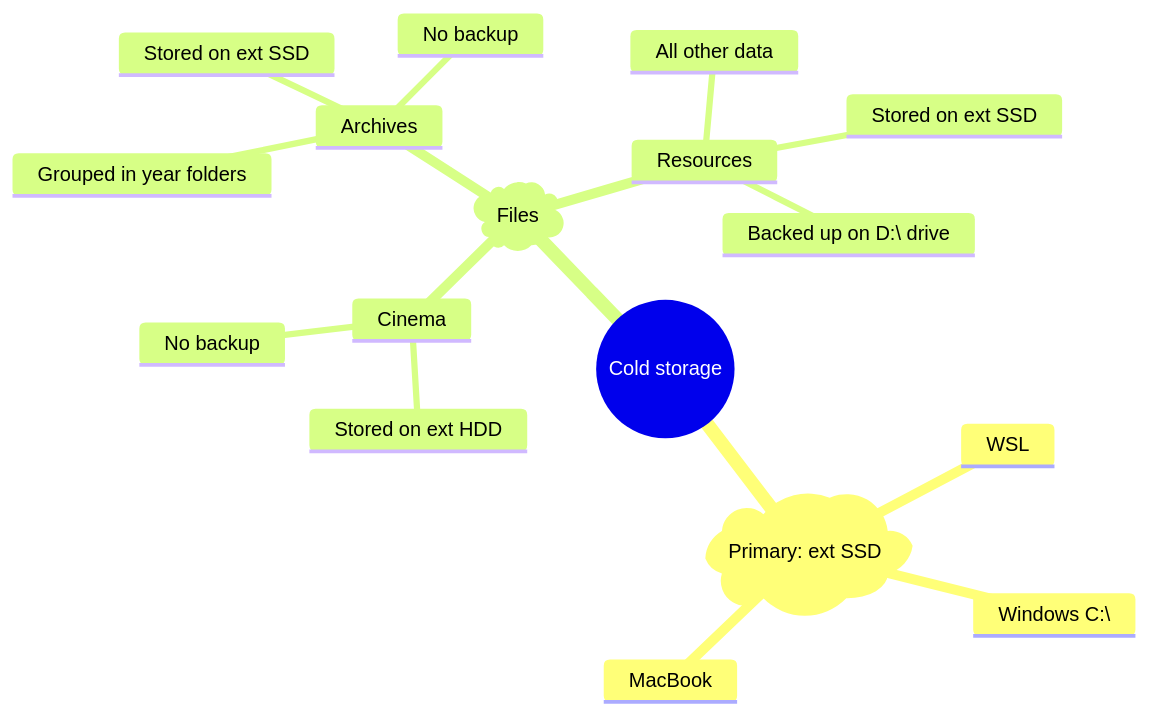
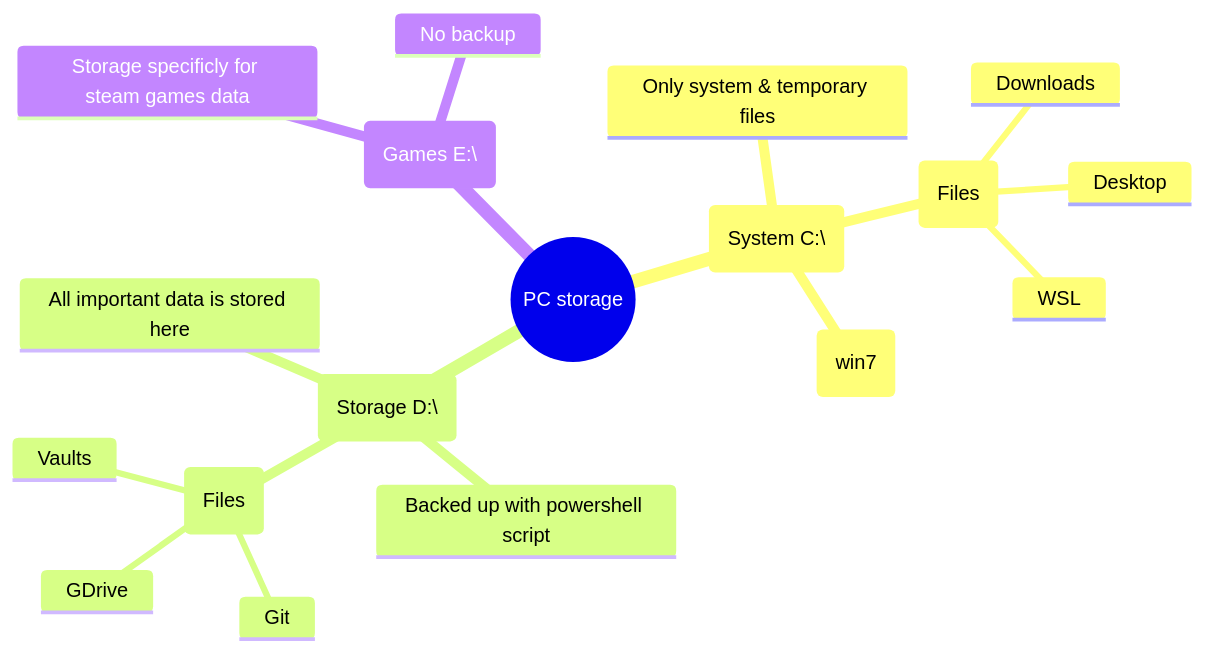
One commit to leins275/quartz changed the diagram in content/Структура файлов на компьютерах.md. Above: the diagram before and after it, drawn with Mermaid. The commit also changed other lines of this file and 1 other file, not shown here.

Commit message:
vault backup: 2025-09-08 16:22:17

````diff
--- a/content/Структура файлов на компьютерах.md
+++ b/content/Структура файлов на компьютерах.md
@@ -22,20 +9,21 @@
 ```mermaid
 mindmap
-	root((Cold storage))
-		ch1)Primary: ext SSD(
-			WSL
-			Windows C:\
-			MacBook
-		ch2)Files(
-			Cinema 
-				Stored on ext HDD
-				No backup
-			Archives
-				Grouped in year folders
-				Stored on ext SSD
-				No backup
-			Resources
-				All other data
-				Stored on ext SSD
-				Backed up on D:\ drive
+	root((PC storage))
+		System(System C:\)
+			Only system & temporary files
+			files1(Files)
+				Desktop
+				Downloads
+				WSL
+			Backed up with windows image (win7)
+		Storage(Storage D:\)
+			All important data is stored here
+			Backed up with powershell script
+			files2(Files)	
+				Git
+				GDrive
+				Vaults
+		Games(Games E:\)
+			Storage specificly for steam games data
+			No backup
 ```
````
